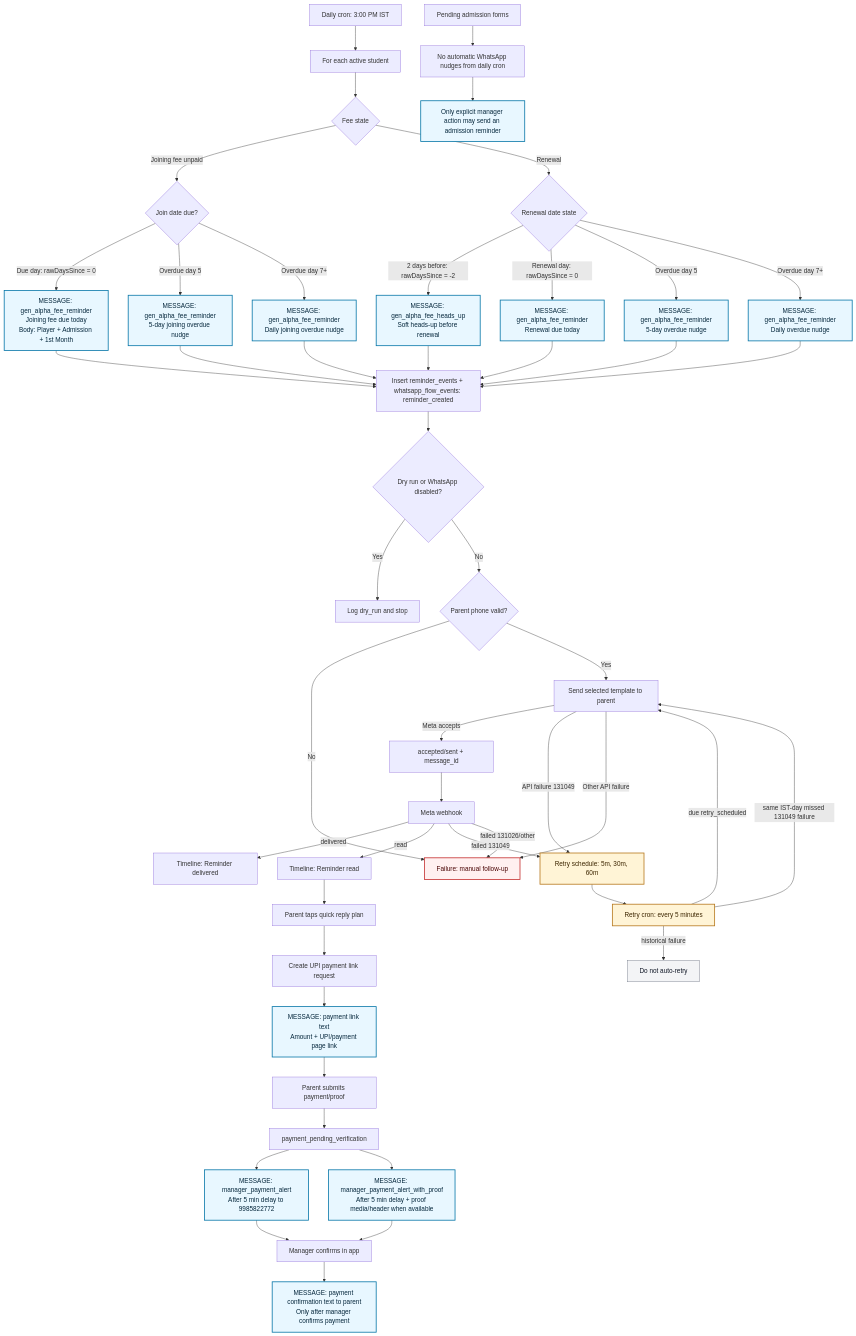
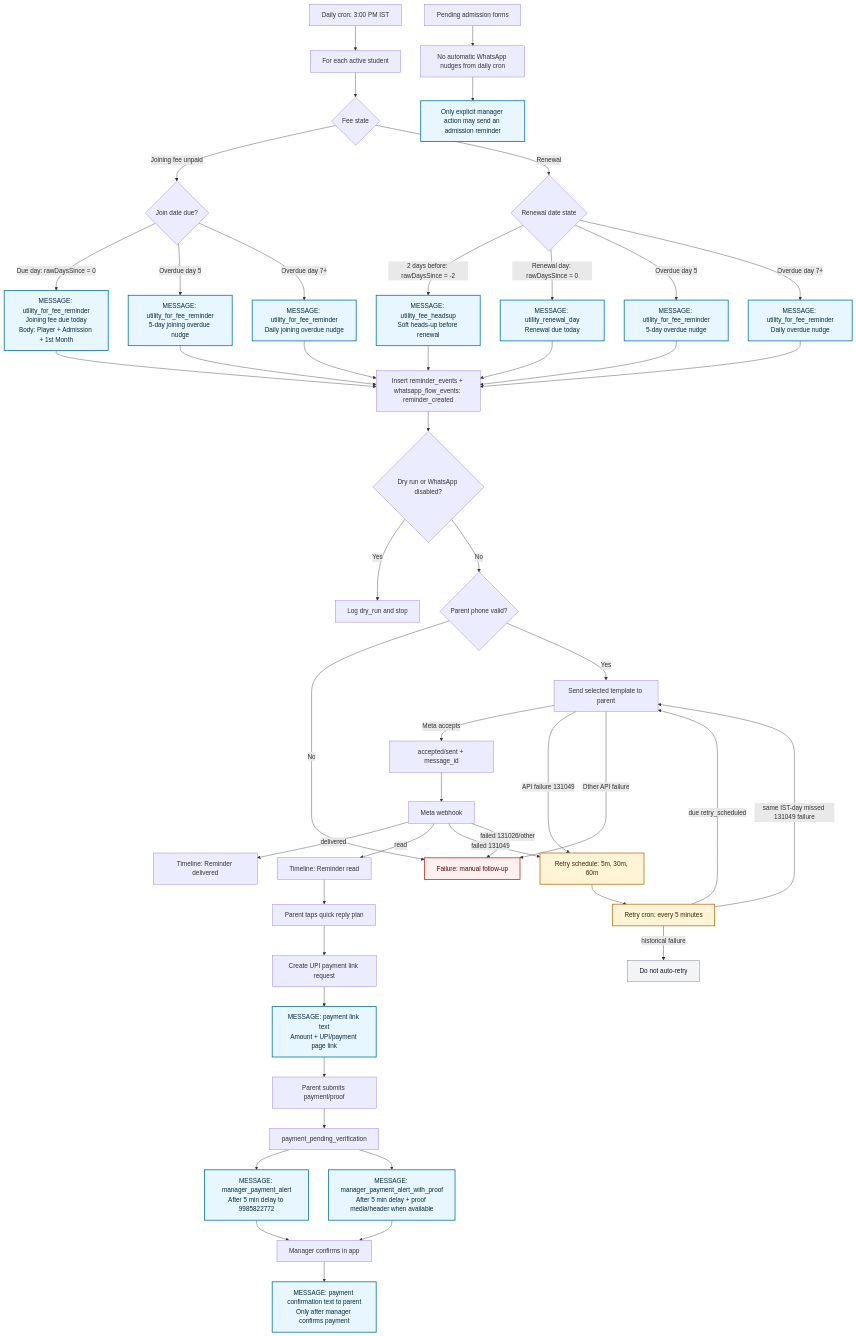
One commit to sujittarun/genAlpha-Manager-AndroidApp changed the diagram in docs/whatsapp-reminder-flow.md. Above: the diagram before and after it, drawn with Mermaid. The commit also changed other lines of this file and 3 other files, not shown here.

Commit message:
Map WhatsApp fee reminders to utility templates

````diff
--- a/docs/whatsapp-reminder-flow.md
+++ b/docs/whatsapp-reminder-flow.md
@@ -14,67 +14,67 @@
 ```mermaid
 flowchart TD
   A["Daily cron: 3:00 PM IST"] --> B["For each active student"]
   B --> C{"Fee state"}
   C -- "Joining fee unpaid" --> J0{"Join date due?"}
   C -- "Renewal" --> R0{"Renewal date state"}
 
-  J0 -- "Due day: rawDaysSince = 0" --> M2["MESSAGE: gen_alpha_fee_reminder<br/>Joining fee due today<br/>Body: Player + Admission + 1st Month"]
-  J0 -- "Overdue day 5" --> M3["MESSAGE: gen_alpha_fee_reminder<br/>5-day joining overdue nudge"]
-  J0 -- "Overdue day 7+" --> M4["MESSAGE: gen_alpha_fee_reminder<br/>Daily joining overdue nudge"]
+  J0 -- "Due day: rawDaysSince = 0" --> M2["MESSAGE: utility_for_fee_reminder<br/>Joining fee due today<br/>Body: Player + Admission + 1st Month"]
+  J0 -- "Overdue day 5" --> M3["MESSAGE: utility_for_fee_reminder<br/>5-day joining overdue nudge"]
+  J0 -- "Overdue day 7+" --> M4["MESSAGE: utility_for_fee_reminder<br/>Daily joining overdue nudge"]
 
-  R0 -- "2 days before: rawDaysSince = -2" --> M1["MESSAGE: gen_alpha_fee_heads_up<br/>Soft heads-up before renewal"]
-  R0 -- "Renewal day: rawDaysSince = 0" --> M2R["MESSAGE: gen_alpha_fee_reminder<br/>Renewal due today"]
-  R0 -- "Overdue day 5" --> M3R["MESSAGE: gen_alpha_fee_reminder<br/>5-day overdue nudge"]
-  R0 -- "Overdue day 7+" --> M4R["MESSAGE: gen_alpha_fee_reminder<br/>Daily overdue nudge"]
+  R0 -- "2 days before: rawDaysSince = -2" --> M1["MESSAGE: utility_fee_headsup<br/>Soft heads-up before renewal"]
+  R0 -- "Renewal day: rawDaysSince = 0" --> M2R["MESSAGE: utility_renewal_day<br/>Renewal due today"]
+  R0 -- "Overdue day 5" --> M3R["MESSAGE: utility_for_fee_reminder<br/>5-day overdue nudge"]
+  R0 -- "Overdue day 7+" --> M4R["MESSAGE: utility_for_fee_reminder<br/>Daily overdue nudge"]
 
   M1 --> S0["Insert reminder_events + whatsapp_flow_events: reminder_created"]
   M2 --> S0
   M2R --> S0
   M3 --> S0
   M3R --> S0
   M4 --> S0
   M4R --> S0
 
   S0 --> S1{"Dry run or WhatsApp disabled?"}
   S1 -- "Yes" --> S2["Log dry_run and stop"]
   S1 -- "No" --> S3{"Parent phone valid?"}
   S3 -- "No" --> F1["Failure: manual follow-up"]
   S3 -- "Yes" --> S4["Send selected template to parent"]
   S4 -- "Meta accepts" --> S5["accepted/sent + message_id"]
   S4 -- "API failure 131049" --> RT1["Retry schedule: 5m, 30m, 60m"]
   S4 -- "Other API failure" --> F1
 
   S5 --> W0["Meta webhook"]
   W0 -- "delivered" --> TL1["Timeline: Reminder delivered"]
   W0 -- "read" --> TL2["Timeline: Reminder read"]
   W0 -- "failed 131049" --> RT1
   W0 -- "failed 131026/other" --> F1
 
   RT1 --> RTC["Retry cron: every 5 minutes"]
   RTC -- "due retry_scheduled" --> S4
   RTC -- "same IST-day missed 131049 failure" --> S4
   RTC -- "historical failure" --> STOP["Do not auto-retry"]
 
   TL2 --> P0["Parent taps quick reply plan"]
   P0 --> P1["Create UPI payment link request"]
   P1 --> M5["MESSAGE: payment link text<br/>Amount + UPI/payment page link"]
   M5 --> P2["Parent submits payment/proof"]
   P2 --> P3["payment_pending_verification"]
   P3 --> M6["MESSAGE: manager_payment_alert<br/>After 5 min delay to 9985822772"]
   P3 --> M7["MESSAGE: manager_payment_alert_with_proof<br/>After 5 min delay + proof media/header when available"]
   M6 --> A1["Manager confirms in app"]
   M7 --> A1
   A1 --> M8["MESSAGE: payment confirmation text to parent<br/>Only after manager confirms payment"]
 
   AD0["Pending admission forms"] --> AD1["No automatic WhatsApp nudges from daily cron"]
   AD1 --> AD2["Only explicit manager action may send an admission reminder"]
 
   classDef message fill:#e8f7ff,stroke:#0877a8,stroke-width:2px,color:#06283d;
   classDef retry fill:#fff4d6,stroke:#b7791f,stroke-width:2px,color:#3d2600;
   classDef fail fill:#fff0f0,stroke:#c53030,stroke-width:2px,color:#4a0505;
   classDef stop fill:#f3f4f6,stroke:#6b7280,color:#111827;
   class M1,M2,M2R,M3,M3R,M4,M4R,M5,M6,M7,M8,AD2 message;
   class RT1,RTC retry;
   class F1 fail;
   class STOP stop;
 ```
````
